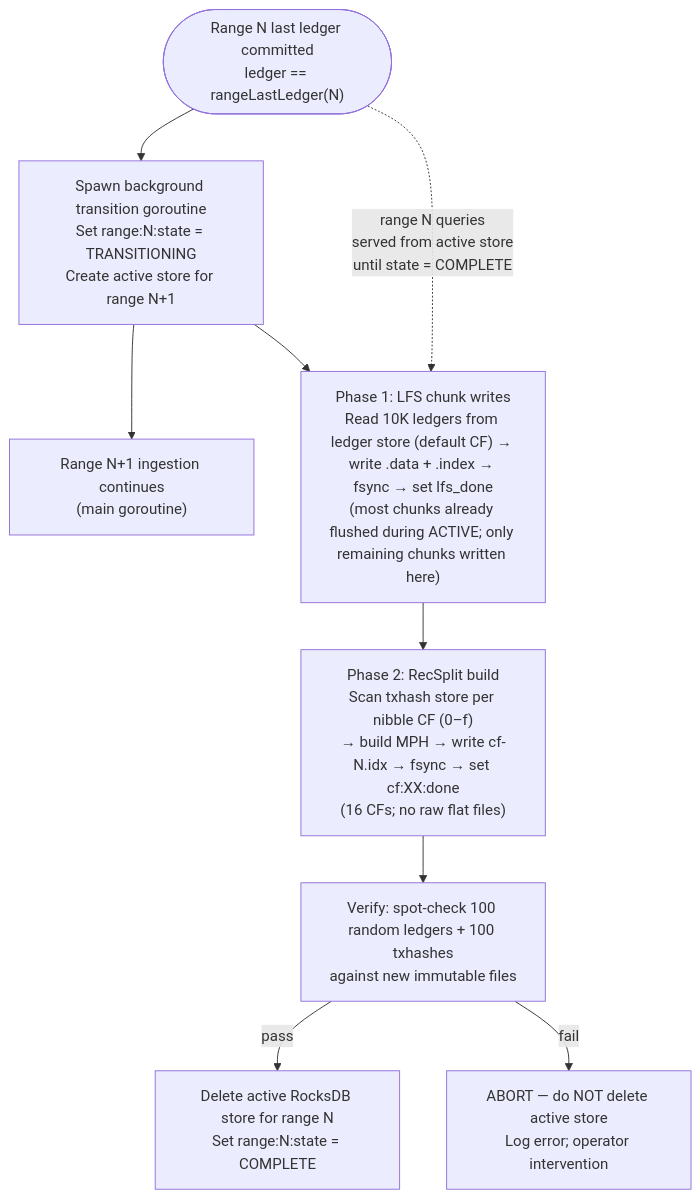
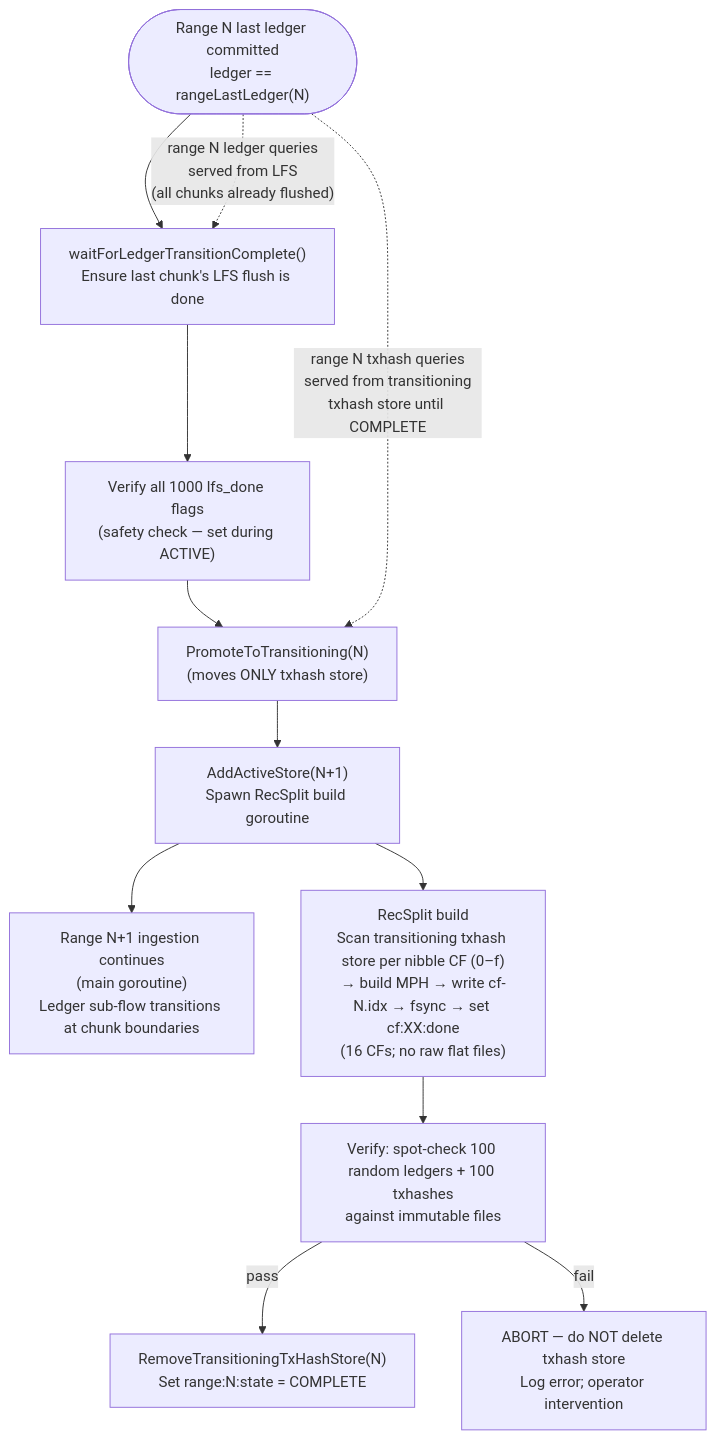
Before and after one commit to karthikiyer56/stellar-full-history-ingestion: the sixth of 8 diagrams in design-docs-v2/01-architecture-overview.md, drawn with Mermaid. The commit also changed other lines of this file and 14 other files, not shown here.

First line of the commit message:
docs: fix streaming model — independent sub-flow transitions at chunk/range cadence

````diff
--- a/design-docs-v2/01-architecture-overview.md
+++ b/design-docs-v2/01-architecture-overview.md
@@ -211,12 +223,15 @@
 ```mermaid
 flowchart TD
-    BOUNDARY(["Range N last ledger committed\nledger == rangeLastLedger(N)"]) --> SPAWN["Spawn background transition goroutine\nSet range:N:state = TRANSITIONING\nCreate active store for range N+1"]
-    SPAWN --> INGEST_NEXT["Range N+1 ingestion continues\n(main goroutine)"]
-    SPAWN --> PHASE1["Phase 1: LFS chunk writes\nRead 10K ledgers from ledger store (default CF) → write .data + .index → fsync → set lfs_done\n(most chunks already flushed during ACTIVE; only remaining chunks written here)"]
-    PHASE1 --> PHASE2["Phase 2: RecSplit build\nScan txhash store per nibble CF (0–f)\n→ build MPH → write cf-N.idx → fsync → set cf:XX:done\n(16 CFs; no raw flat files)"]
-    PHASE2 --> VERIFY["Verify: spot-check 100 random ledgers + 100 txhashes\nagainst new immutable files"]
-    VERIFY -->|pass| DELETE["Delete active RocksDB store for range N\nSet range:N:state = COMPLETE"]
-    VERIFY -->|fail| ABORT["ABORT — do NOT delete active store\nLog error; operator intervention"]
+    BOUNDARY(["Range N last ledger committed\nledger == rangeLastLedger(N)"]) --> WAIT["waitForLedgerTransitionComplete()\nEnsure last chunk's LFS flush is done"]
+    WAIT --> VERIFY_LFS["Verify all 1000 lfs_done flags\n(safety check — set during ACTIVE)"]
+    VERIFY_LFS --> PROMOTE["PromoteToTransitioning(N)\n(moves ONLY txhash store)"]
+    PROMOTE --> SPAWN["AddActiveStore(N+1)\nSpawn RecSplit build goroutine"]
+    SPAWN --> INGEST_NEXT["Range N+1 ingestion continues\n(main goroutine)\nLedger sub-flow transitions at chunk boundaries"]
+    SPAWN --> RECSPLIT["RecSplit build\nScan transitioning txhash store per nibble CF (0–f)\n→ build MPH → write cf-N.idx → fsync → set cf:XX:done\n(16 CFs; no raw flat files)"]
+    RECSPLIT --> VERIFY_RS["Verify: spot-check 100 random ledgers + 100 txhashes\nagainst immutable files"]
+    VERIFY_RS -->|pass| DELETE["RemoveTransitioningTxHashStore(N)\nSet range:N:state = COMPLETE"]
+    VERIFY_RS -->|fail| ABORT["ABORT — do NOT delete txhash store\nLog error; operator intervention"]
 
-    BOUNDARY -.->|"range N queries\nserved from active store\nuntil state = COMPLETE"| PHASE1
+    BOUNDARY -.->|"range N ledger queries\nserved from LFS\n(all chunks already flushed)"| WAIT
+    BOUNDARY -.->|"range N txhash queries\nserved from transitioning\ntxhash store until COMPLETE"| PROMOTE
 ```
````
